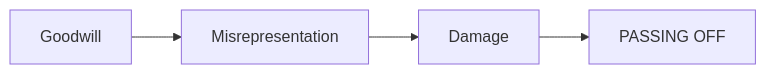
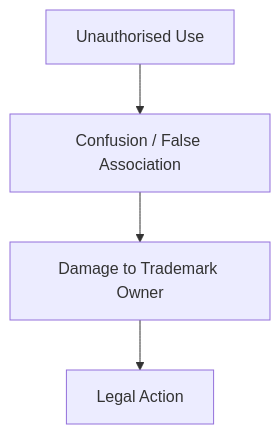
One commit to Aryns293/IPR changed the second of 9 diagrams in 12_Infringement_of_Trademarks_and_Action_Against_Infringement.md. Above: the diagram before and after it, drawn with Mermaid. The commit also changed other lines of this file, not shown here.

````diff
--- a/12_Infringement_of_Trademarks_and_Action_Against_Infringement.md
+++ b/12_Infringement_of_Trademarks_and_Action_Against_Infringement.md
@@ -57,6 +48,6 @@
 ```mermaid
-flowchart LR
-    A[Goodwill] --> B[Misrepresentation]
-    B --> C[Damage]
-    C --> D[PASSING OFF]
+flowchart TD
+    A[Unauthorised Use] --> B[Confusion / False Association]
+    B --> C[Damage to Trademark Owner]
+    C --> D[Legal Action]
 ```
````
